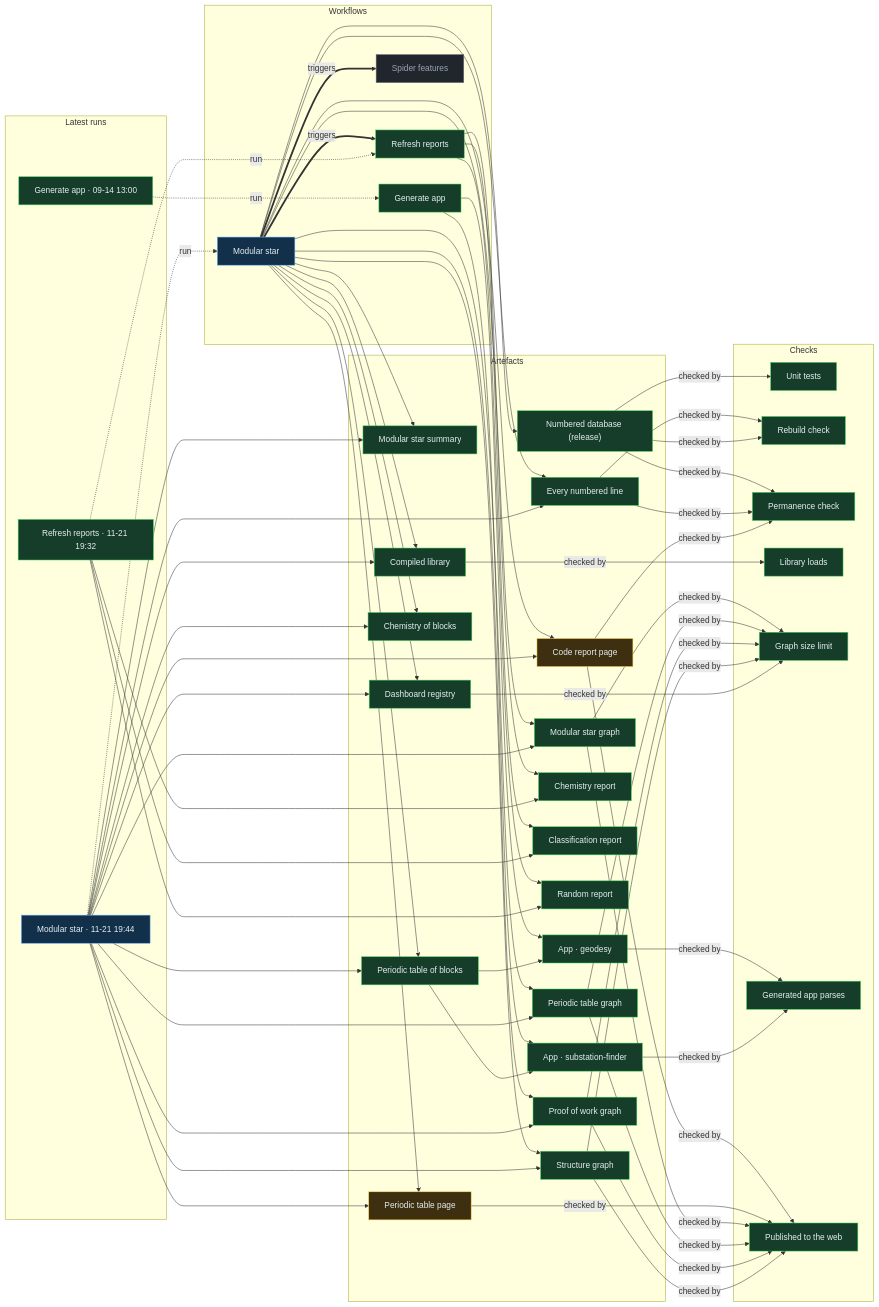
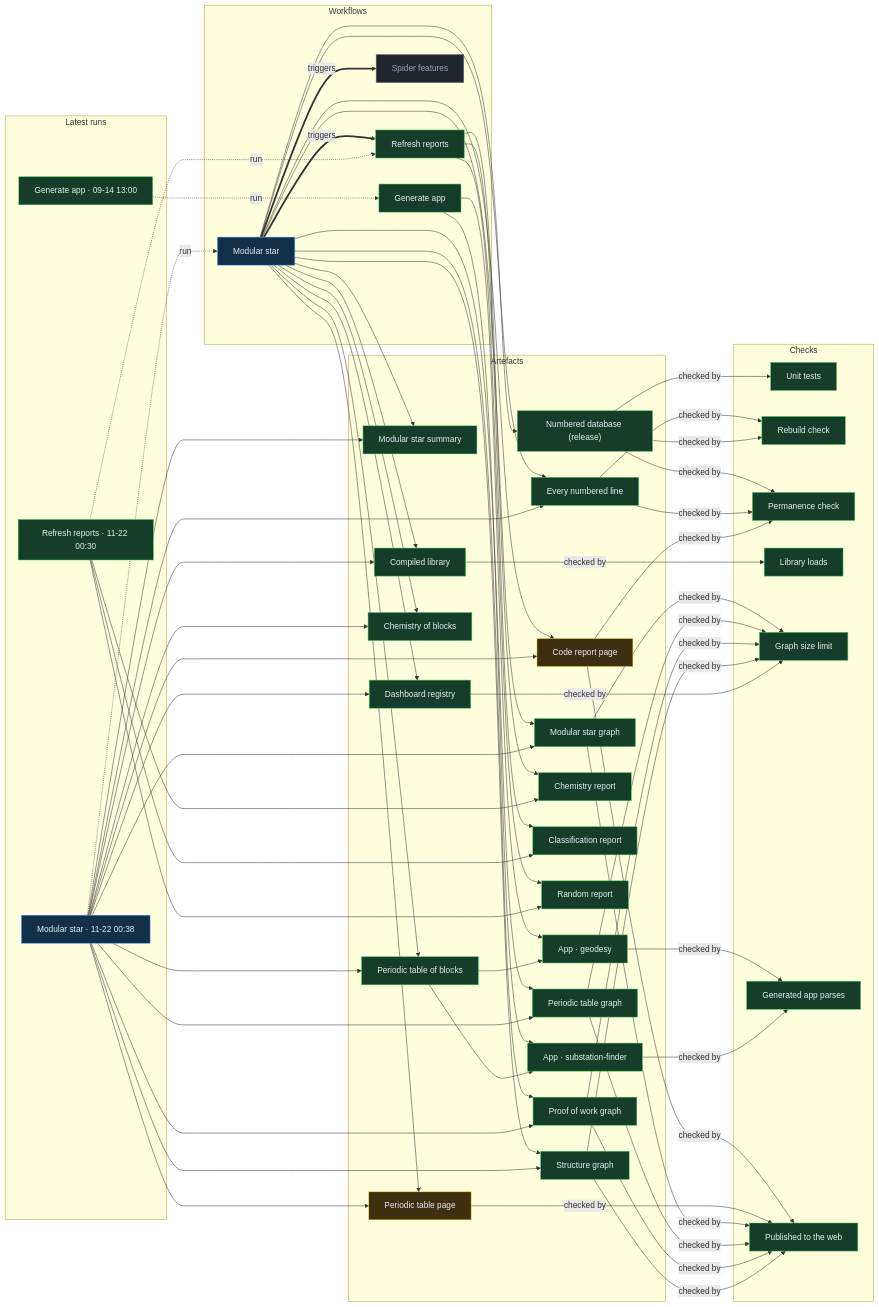
The diagram in proof/PROOF.md (Ventusltd/stars), drawn with Mermaid before and after one commit. The commit also changed other lines of this file and 158 other files, not shown here.

Commit message:
Modular star 2026-11-22T00:40Z

```diff
--- a/proof/PROOF.md
+++ b/proof/PROOF.md
@@ -24,8 +24,8 @@
   n_wf_spider_features["Spider features"]:::off
   end
   subgraph g_runs["Latest runs"]
-  n_run_44942539308["Modular star · 11-21 19:44"]:::live
-  n_run_44941522182["Refresh reports · 11-21 19:32"]:::ok
+  n_run_44967615791["Modular star · 11-22 00:38"]:::live
+  n_run_44966963393["Refresh reports · 11-22 00:30"]:::ok
   n_run_34846587798["Generate app · 09-14 13:00"]:::ok
   end
   subgraph g_artefacts["Artefacts"]
@@ -59,39 +59,39 @@
   end
   n_wf_modular_star == triggers ==> n_wf_refresh
   n_wf_modular_star == triggers ==> n_wf_spider_features
-  n_run_44942539308 -. run .-> n_wf_modular_star
-  n_run_44941522182 -. run .-> n_wf_refresh
+  n_run_44967615791 -. run .-> n_wf_modular_star
+  n_run_44966963393 -. run .-> n_wf_refresh
   n_run_34846587798 -. run .-> n_wf_generate
   n_wf_modular_star --> n_art_summary
-  n_run_44942539308 --> n_art_summary
+  n_run_44967615791 --> n_art_summary
   n_wf_modular_star --> n_art_lines
-  n_run_44942539308 --> n_art_lines
+  n_run_44967615791 --> n_art_lines
   n_wf_modular_star --> n_art_code
-  n_run_44942539308 --> n_art_code
+  n_run_44967615791 --> n_art_code
   n_wf_modular_star --> n_art_modular_graph
-  n_run_44942539308 --> n_art_modular_graph
+  n_run_44967615791 --> n_art_modular_graph
   n_wf_modular_star --> n_art_blocks
-  n_run_44942539308 --> n_art_blocks
+  n_run_44967615791 --> n_art_blocks
   n_wf_modular_star --> n_art_table
-  n_run_44942539308 --> n_art_table
+  n_run_44967615791 --> n_art_table
   n_wf_modular_star --> n_art_blocks_graph
-  n_run_44942539308 --> n_art_blocks_graph
+  n_run_44967615791 --> n_art_blocks_graph
   n_wf_modular_star --> n_art_reactions
-  n_run_44942539308 --> n_art_reactions
+  n_run_44967615791 --> n_art_reactions
   n_wf_modular_star --> n_art_library
-  n_run_44942539308 --> n_art_library
+  n_run_44967615791 --> n_art_library
   n_wf_modular_star --> n_art_features
-  n_run_44942539308 --> n_art_features
+  n_run_44967615791 --> n_art_features
   n_wf_modular_star --> n_art_proof
-  n_run_44942539308 --> n_art_proof
+  n_run_44967615791 --> n_art_proof
   n_wf_modular_star --> n_art_structure
-  n_run_44942539308 --> n_art_structure
+  n_run_44967615791 --> n_art_structure
   n_wf_refresh --> n_art_chemistry
-  n_run_44941522182 --> n_art_chemistry
+  n_run_44966963393 --> n_art_chemistry
   n_wf_refresh --> n_art_vedic
-  n_run_44941522182 --> n_art_vedic
+  n_run_44966963393 --> n_art_vedic
   n_wf_refresh --> n_art_random
-  n_run_44941522182 --> n_art_random
+  n_run_44966963393 --> n_art_random
   n_wf_modular_star --> n_art_release
   n_wf_generate --> n_app_geodesy
   n_art_blocks --> n_app_geodesy
```
